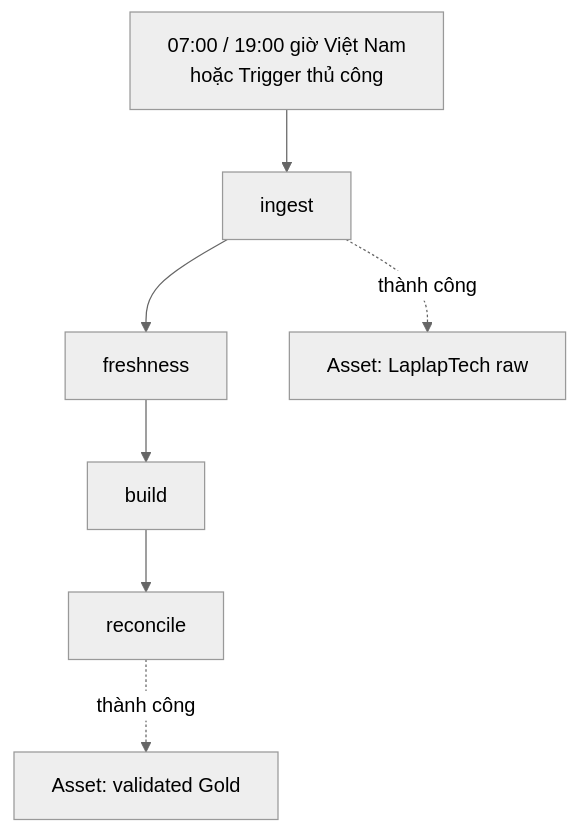
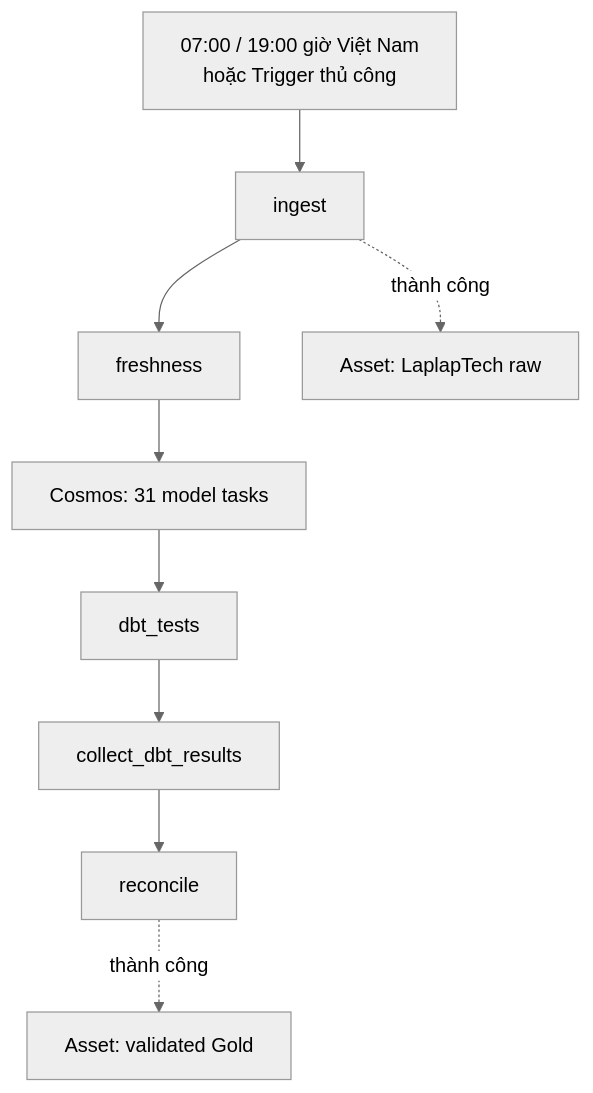
One commit to PhucTruong11/laplaptech_pipeline changed the third of 13 diagrams in docs/architecture/data_flow.md. Above: the diagram before and after it, drawn with Mermaid (neutral theme). The commit also changed other lines of this file and 10 other files, not shown here.

````diff
--- a/docs/architecture/data_flow.md
+++ b/docs/architecture/data_flow.md
@@ -97,7 +97,7 @@
 ```mermaid
 flowchart TB
-    T["07:00 / 19:00 giờ Việt Nam<br/>hoặc Trigger thủ công"] --> I["ingest"]
-    I --> F["freshness"] --> B["build"] --> R["reconcile"]
+    S["07:00 / 19:00 giờ Việt Nam<br/>hoặc Trigger thủ công"] --> I["ingest"]
+    I --> F["freshness"] --> B["Cosmos: 31 model tasks"] --> T["dbt_tests"] --> C["collect_dbt_results"] --> R["reconcile"]
     I -. "thành công" .-> RAW["Asset: LaplapTech raw"]
     R -. "thành công" .-> GOLD["Asset: validated Gold"]
 ```
````
